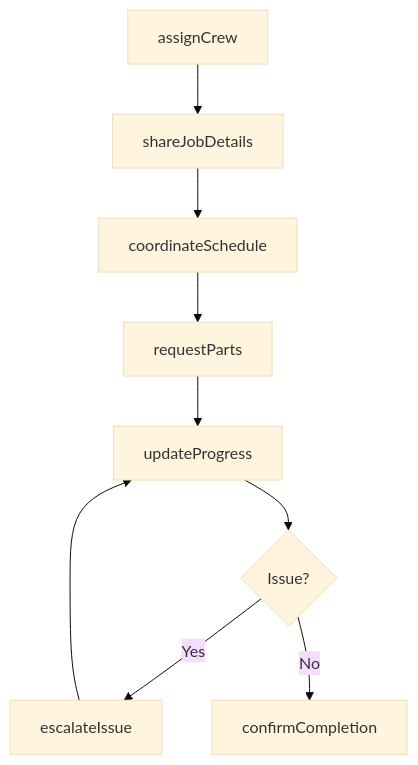
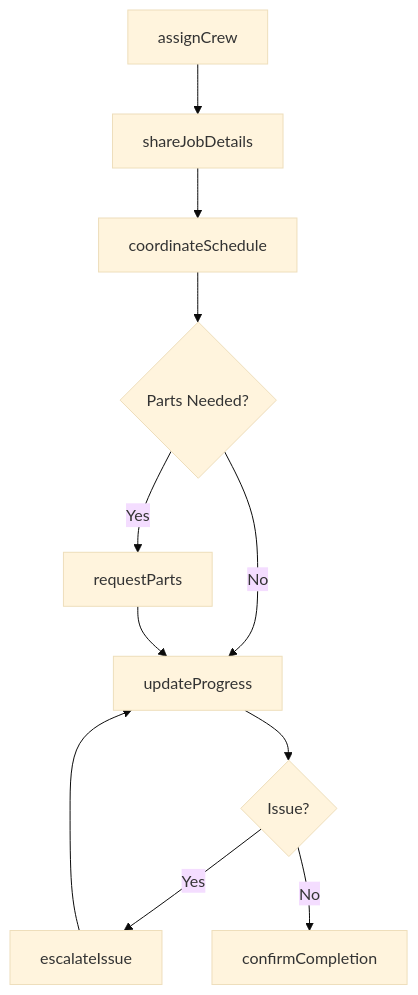
The third of 4 diagrams in CommunicatingWithSupervisorsPeersOrSubordinates/CommunicateWithOthersAboutOperationalPlansOrActivities/CommunicateCoworkersCoordinateInstallationsRepairs.mdx (dot-org-ai/tasks.org.ai), drawn with Mermaid (base theme) before and after one commit. The commit also changed other lines of this file and 266 other files, not shown here.

First line of the commit message:
feat: Add ER diagrams, state diagrams to wave 2 batch (251 DWA files)

````diff
--- a/CommunicatingWithSupervisorsPeersOrSubordinates/CommunicateWithOthersAboutOperationalPlansOrActivities/CommunicateCoworkersCoordinateInstallationsRepairs.mdx
+++ b/CommunicatingWithSupervisorsPeersOrSubordinates/CommunicateWithOthersAboutOperationalPlansOrActivities/CommunicateCoworkersCoordinateInstallationsRepairs.mdx
@@ -84,11 +111,13 @@
 ```mermaid
 graph TD
     A[assignCrew] --> B[shareJobDetails]
     B --> C[coordinateSchedule]
-    C --> D[requestParts]
-    D --> E[updateProgress]
-    E --> F{Issue?}
-    F -->|Yes| G[escalateIssue]
-    G --> E
-    F -->|No| H[confirmCompletion]
+    C --> D{Parts Needed?}
+    D -->|Yes| E[requestParts]
+    D -->|No| F[updateProgress]
+    E --> F
+    F --> G{Issue?}
+    G -->|Yes| H[escalateIssue]
+    H --> F
+    G -->|No| I[confirmCompletion]
 ```
````
